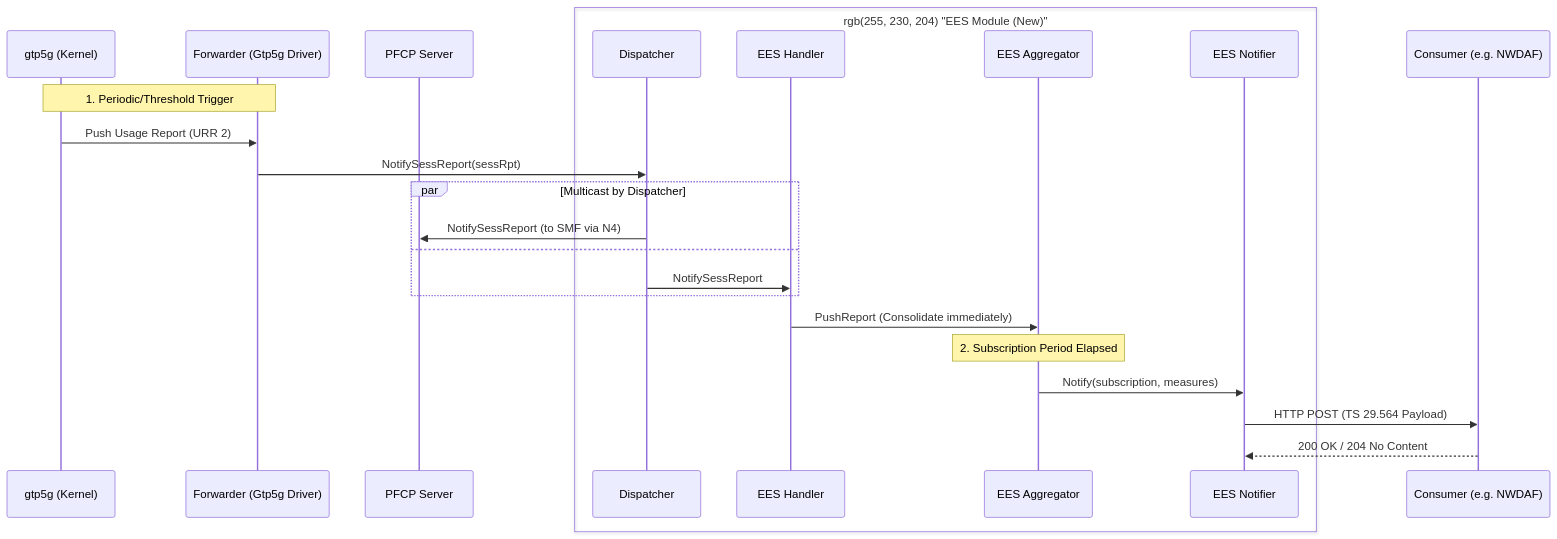
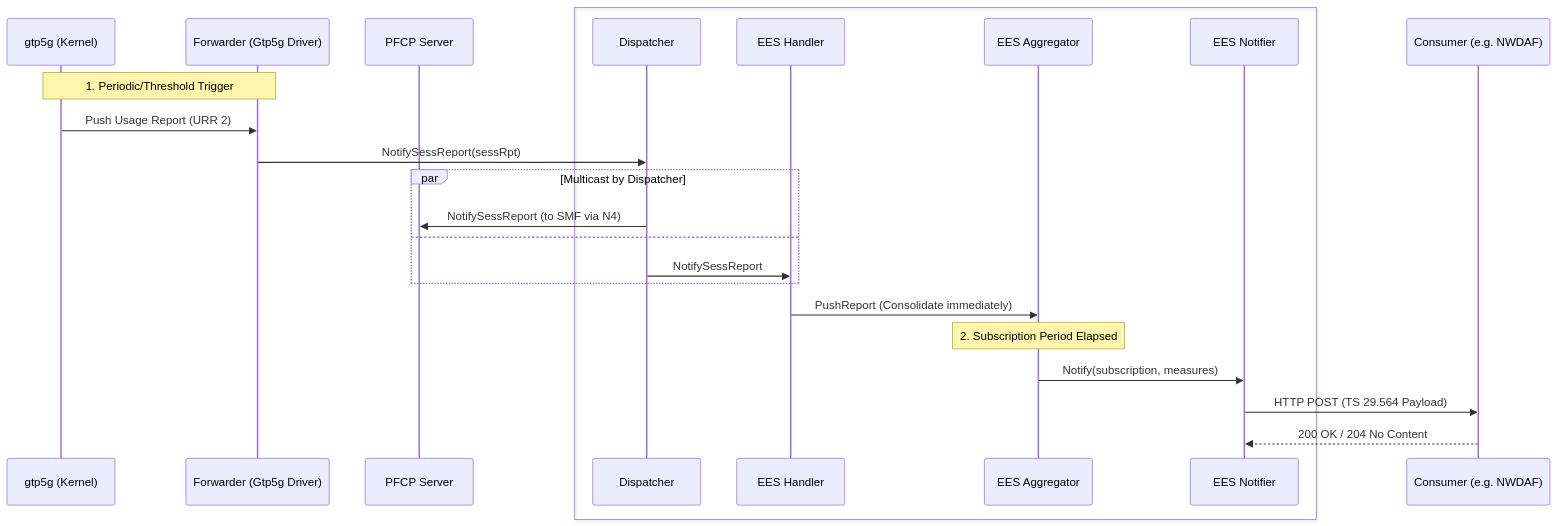
The second of 2 diagrams in README.md (Intelligent-Systems-Lab/go-upf), drawn with Mermaid before and after one commit.

Commit message:
docs: fix Mermaid box color syntax for GitHub rendering

````diff
--- a/README.md
+++ b/README.md
@@ -68,32 +68,32 @@
 ```mermaid
 sequenceDiagram
     participant K as gtp5g (Kernel)
     participant F as Forwarder (Gtp5g Driver)
     participant P as PFCP Server
 
-    box rgb(255, 230, 204) "EES Module (New)"
+    box #FFE6CC Event Exposure Module (New)
         participant D as Dispatcher
         participant H as EES Handler
         participant A as EES Aggregator
         participant N as EES Notifier
     end
 
     participant C as Consumer (e.g. NWDAF)
 
     Note over K, F: 1. Periodic/Threshold Trigger
     K->>F: Push Usage Report (URR 2)
     F->>D: NotifySessReport(sessRpt)
 
     par Multicast by Dispatcher
         D->>P: NotifySessReport (to SMF via N4)
     and
         D->>H: NotifySessReport
     end
 
     H->>A: PushReport (Consolidate immediately)
 
     Note over A: 2. Subscription Period Elapsed
     A->>N: Notify(subscription, measures)
     N->>C: HTTP POST (TS 29.564 Payload)
     C-->>N: 200 OK / 204 No Content
 ```
````
